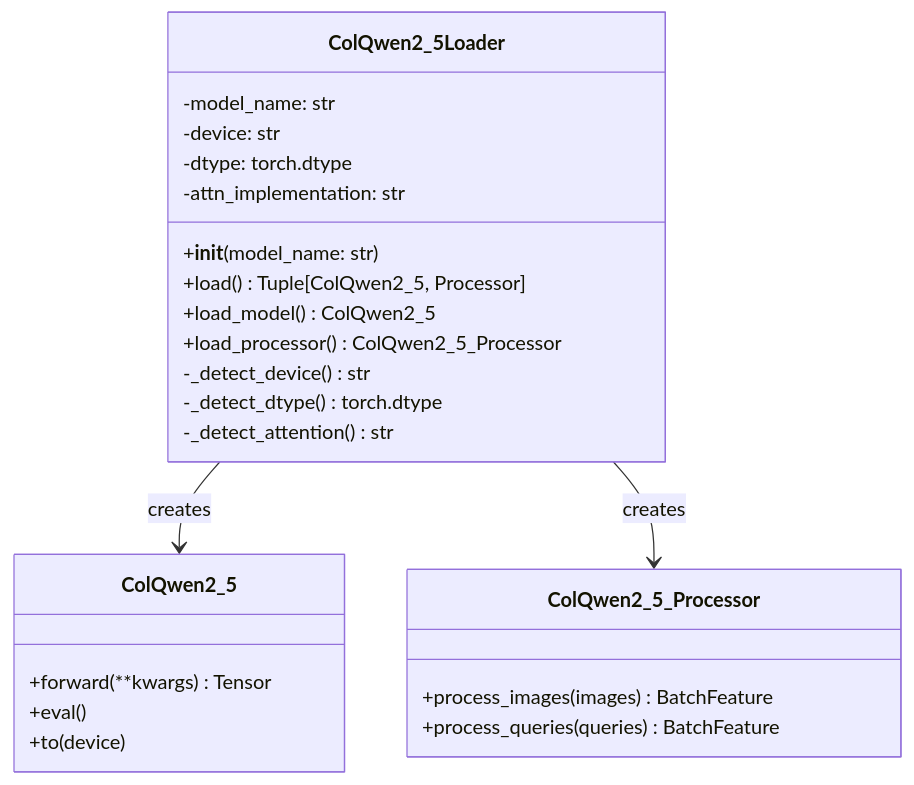
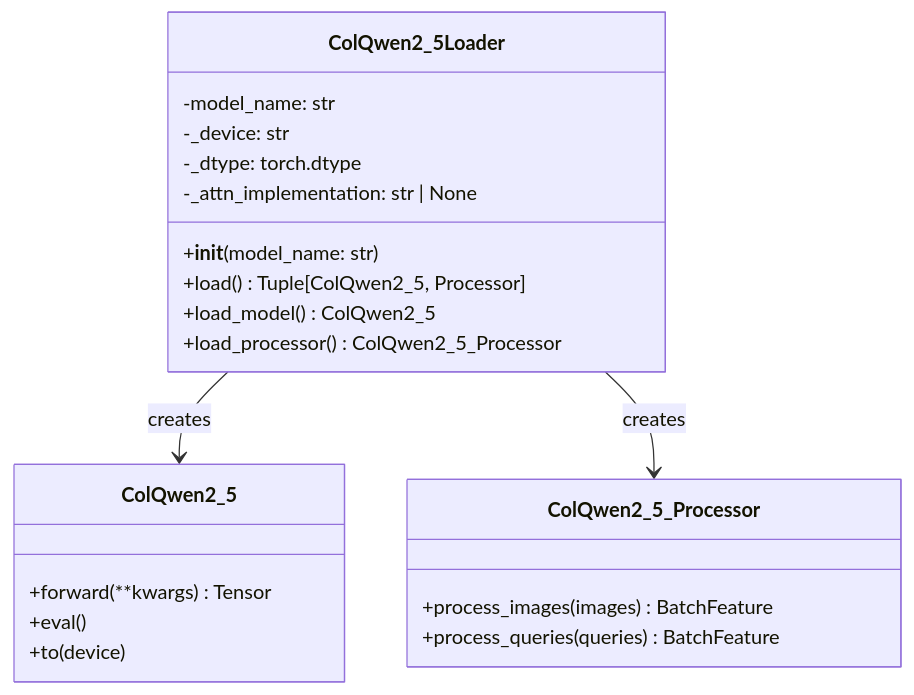
The second of 6 diagrams in docs/modules/colpali.md (akosgintl/colpali-rag-app), drawn with Mermaid before and after one commit. The commit also changed other lines of this file and 42 other files, not shown here.

````diff
--- a/docs/modules/colpali.md
+++ b/docs/modules/colpali.md
@@ -49,31 +49,28 @@
 ```mermaid
 classDiagram
     class ColQwen2_5Loader {
         -model_name: str
-        -device: str
-        -dtype: torch.dtype
-        -attn_implementation: str
+        -_device: str
+        -_dtype: torch.dtype
+        -_attn_implementation: str | None
 
         +__init__(model_name: str)
         +load() Tuple[ColQwen2_5, Processor]
         +load_model() ColQwen2_5
         +load_processor() ColQwen2_5_Processor
-        -_detect_device() str
-        -_detect_dtype() torch.dtype
-        -_detect_attention() str
     }
 
     class ColQwen2_5 {
         +forward(**kwargs) Tensor
         +eval()
         +to(device)
     }
 
     class ColQwen2_5_Processor {
         +process_images(images) BatchFeature
         +process_queries(queries) BatchFeature
     }
 
     ColQwen2_5Loader --> ColQwen2_5 : creates
     ColQwen2_5Loader --> ColQwen2_5_Processor : creates
 ```
````
